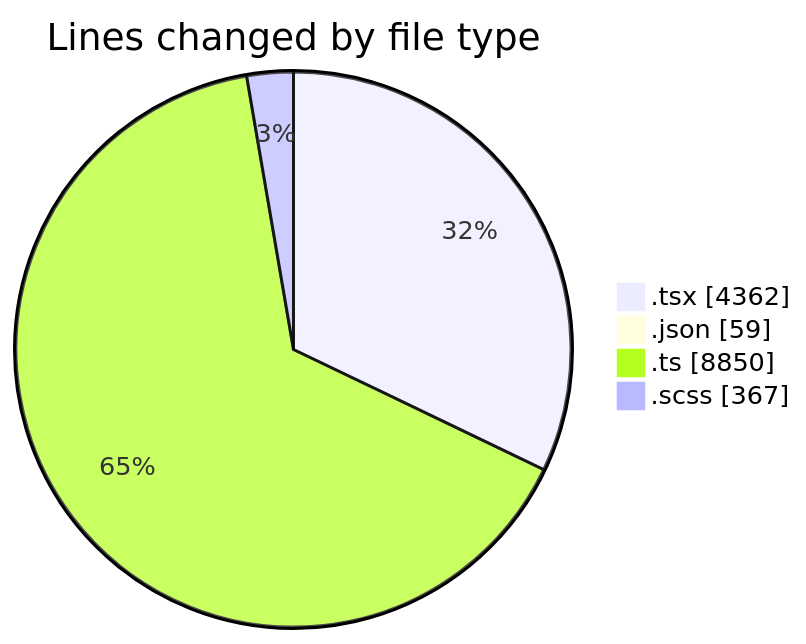
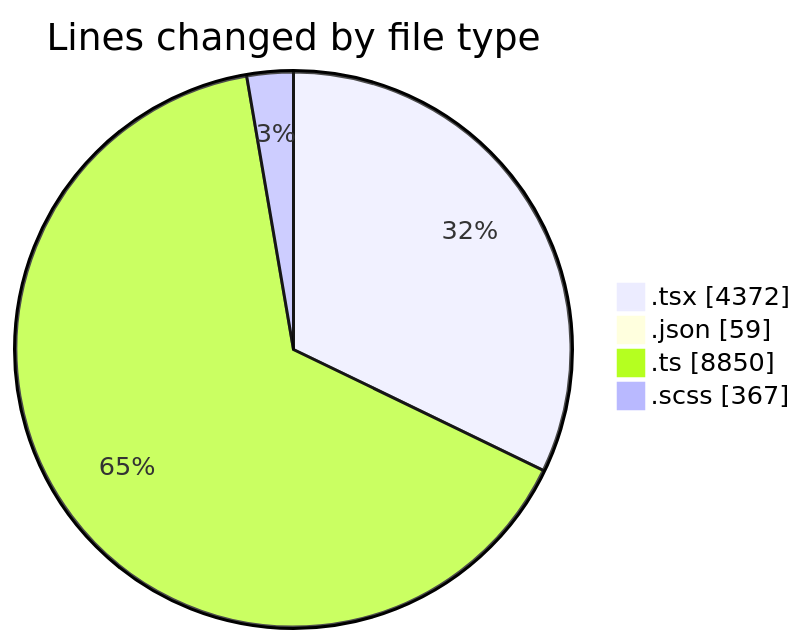
The first of 2 diagrams in 2025-11-24/cda/README.md (momahboobian/code-tracking), drawn with Mermaid before and after one commit. The commit also changed other lines of this file and 1 other file, not shown here.

````diff
--- a/2025-11-24/cda/README.md
+++ b/2025-11-24/cda/README.md
@@ -36,8 +36,8 @@
 ```mermaid
 pie showData
 title Lines changed by file type
-".tsx" : 4362
+".tsx" : 4372
 ".json" : 59
 ".ts" : 8850
 ".scss" : 367
 ```
````
